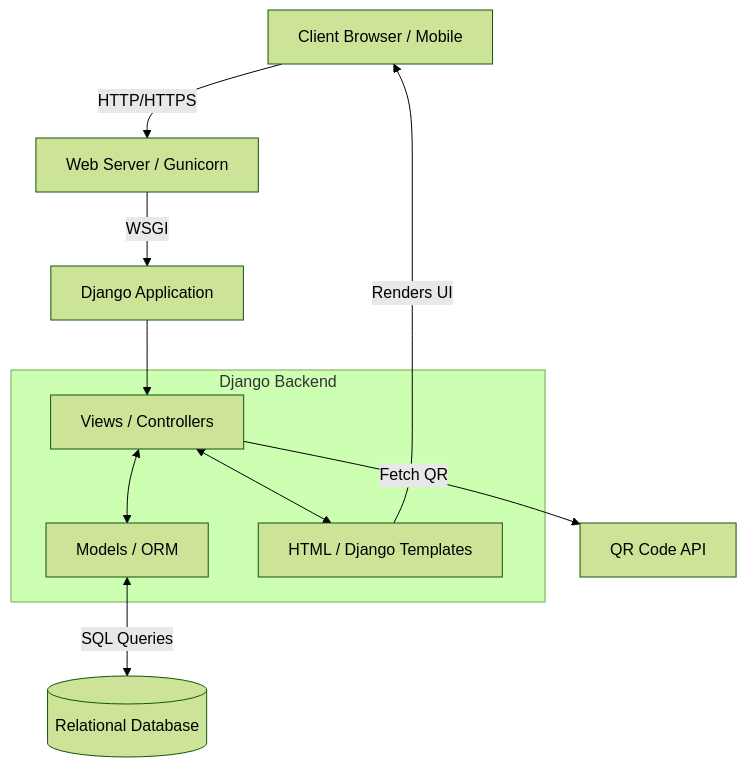
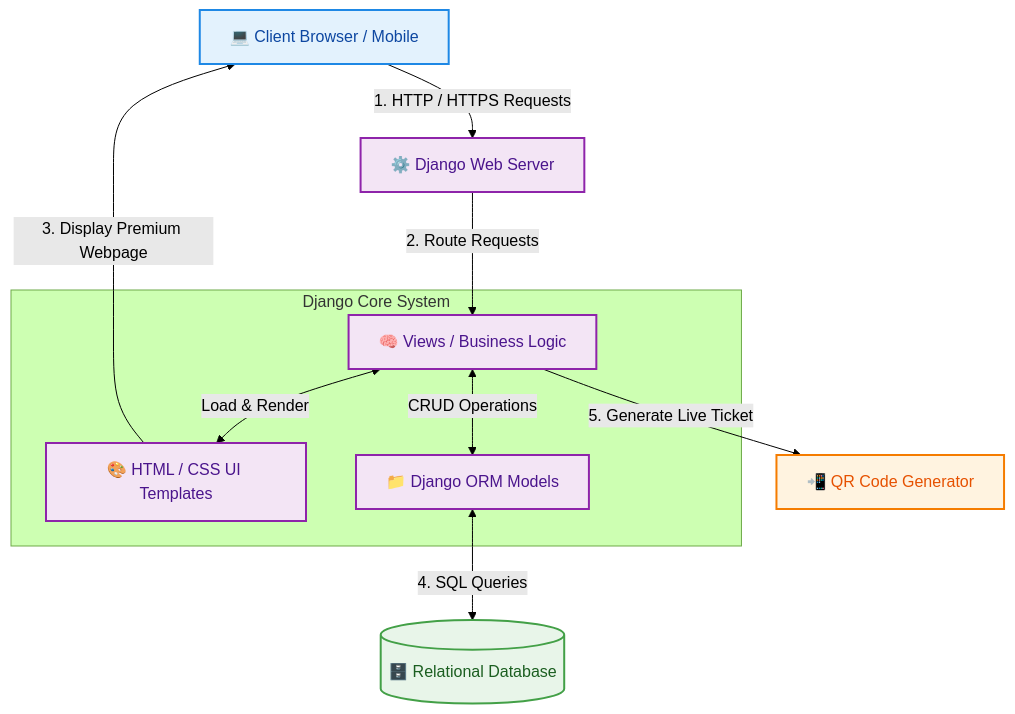
The first of 4 diagrams in Parking-Management-System-main/SRS_Document.md (Sumit12312299/Parking-Management-System), drawn with Mermaid (forest theme) before and after one commit. The commit also changed other lines of this file and 11 other files, not shown here.

````diff
--- a/Parking-Management-System-main/SRS_Document.md
+++ b/Parking-Management-System-main/SRS_Document.md
@@ -30,19 +108,20 @@
 ```mermaid
 graph TD
-    Client[Client Browser / Mobile] -->|HTTP/HTTPS| WebServer[Web Server / Gunicorn]
-    WebServer -->|WSGI| DjangoApp[Django Application]
+    %% Define styles
+    classDef client fill:#e3f2fd,stroke:#1e88e5,stroke-width:2px,color:#0d47a1;
+    classDef server fill:#f3e5f5,stroke:#8e24aa,stroke-width:2px,color:#4a148c;
+    classDef db fill:#e8f5e9,stroke:#43a047,stroke-width:2px,color:#1b5e20;
+    classDef ext fill:#fff3e0,stroke:#f57c00,stroke-width:2px,color:#e65100;
+
+    Client[💻 Client Browser / Mobile]:::client -->|1. HTTP / HTTPS Requests| DjangoApp[⚙️ Django Web Server]:::server
+    DjangoApp -->|2. Route Requests| Views[🧠 Views / Business Logic]:::server
     
-    subgraph Django Backend
-        Views[Views / Controllers]
-        Models[Models / ORM]
-        Templates[HTML / Django Templates]
+    subgraph Django Core System
+        Views <-->|Load & Render| Templates[🎨 HTML / CSS UI Templates]:::server
+        Views <-->|CRUD Operations| Models[📁 Django ORM Models]:::server
     end
     
-    DjangoApp --> Views
-    Views <--> Models
-    Views <--> Templates
-    Templates -->|Renders UI| Client
-    
-    Models <-->|SQL Queries| Database[(Relational Database)]
-    Views -->|Fetch QR| ExternalAPI[QR Code API]
+    Templates -->|3. Display Premium Webpage| Client
+    Models <-->|4. SQL Queries| Database[(🗄️ Relational Database)]:::db
+    Views -->|5. Generate Live Ticket| QRAPI[📲 QR Code Generator]:::ext
 ```
````
